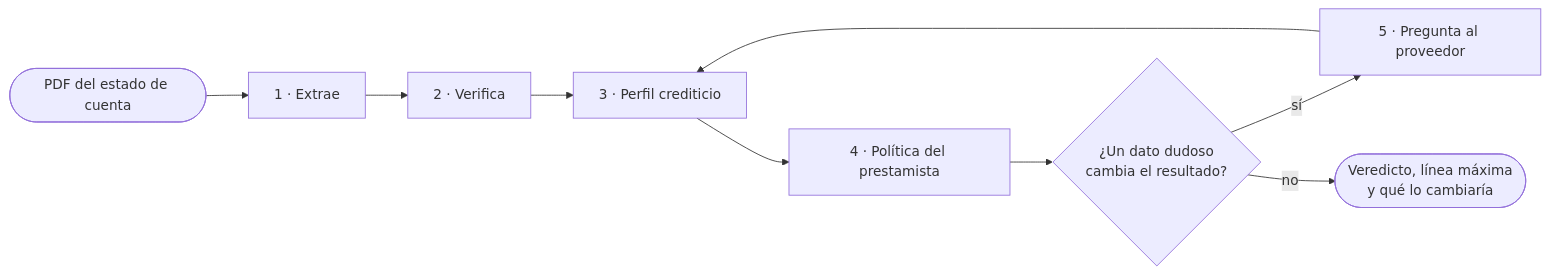
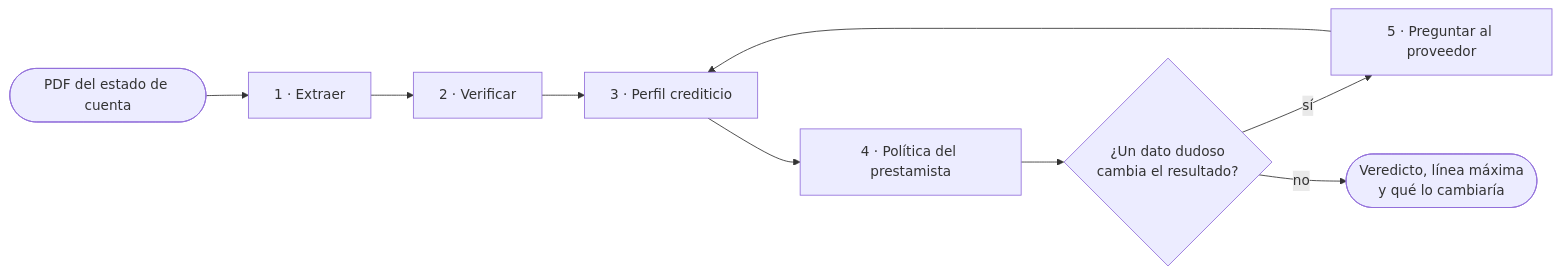
Before and after one commit to moydany/gow-credit: the first of 6 diagrams in README.es.md, drawn with Mermaid. The commit also changed other lines of this file and 1 other file, not shown here.

````diff
--- a/README.es.md
+++ b/README.es.md
@@ -73,11 +96,11 @@
 ```mermaid
 flowchart LR
-    pdf([PDF del estado de cuenta]) --> ext[1 · Extrae]
-    ext --> ver[2 · Verifica]
+    pdf([PDF del estado de cuenta]) --> ext[1 · Extraer]
+    ext --> ver[2 · Verificar]
     ver --> per[3 · Perfil crediticio]
     per --> pol[4 · Política del prestamista]
     pol --> res{¿Un dato dudoso<br/>cambia el resultado?}
-    res -- sí --> ask[5 · Pregunta al proveedor]
+    res -- sí --> ask[5 · Preguntar al proveedor]
     ask --> per
     res -- no --> out([Veredicto, línea máxima<br/>y qué lo cambiaría])
 ```
````
